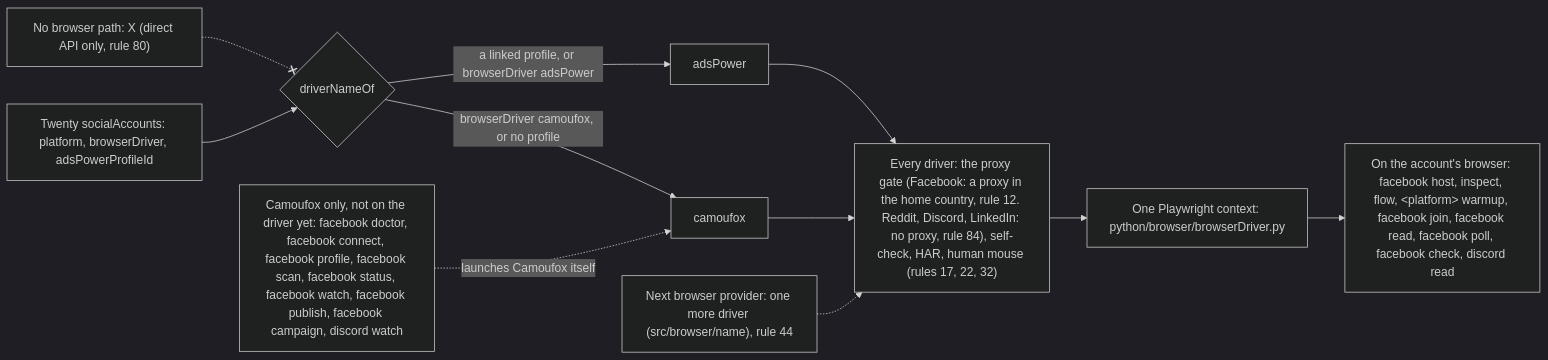
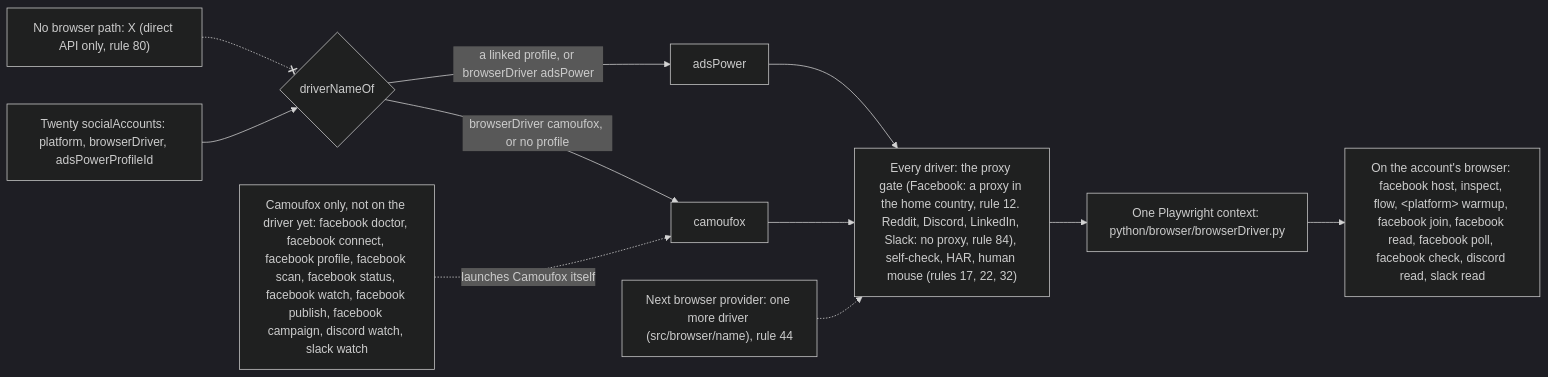
The second of 6 diagrams in docs/reference.md (matthewdonsemail-lab/log), drawn with Mermaid (dark theme) before and after one commit. The commit also changed other lines of this file and 180 other files, not shown here.

First line of the commit message:
feat: Slack platform on gabriel-slack, collab maxxing use case, Discord delete, rules 122-124

````diff
--- a/docs/reference.md
+++ b/docs/reference.md
@@ -70,19 +77,19 @@
 ```mermaid
 flowchart LR
   twenty["Twenty socialAccounts: platform, browserDriver, adsPowerProfileId"]
   pick{"driverNameOf"}
-  gates["Every driver: the proxy gate (Facebook: a proxy in the home country, rule 12. Reddit, Discord, LinkedIn: no proxy, rule 84), self-check, HAR, human mouse (rules 17, 22, 32)"]
+  gates["Every driver: the proxy gate (Facebook: a proxy in the home country, rule 12. Reddit, Discord, LinkedIn, Slack: no proxy, rule 84), self-check, HAR, human mouse (rules 17, 22, 32)"]
   session["One Playwright context: python/browser/browserDriver.py"]
   twenty --> pick
   pick -->|"browserDriver camoufox, or no profile"| d_camoufox["camoufox"]
   pick -->|"a linked profile, or browserDriver adsPower"| d_adsPower["adsPower"]
   d_camoufox --> gates
   d_adsPower --> gates
   more["Next browser provider: one more driver (src/browser/name), rule 44"] -.-> gates
   gates --> session
-  account["On the account's browser: facebook host, inspect, flow, #lt;platform#gt; warmup, facebook join, facebook read, facebook poll, facebook check, discord read"]
-  camoufox["Camoufox only, not on the driver yet: facebook doctor, facebook connect, facebook profile, facebook scan, facebook status, facebook watch, facebook publish, facebook campaign, discord watch"]
+  account["On the account's browser: facebook host, inspect, flow, #lt;platform#gt; warmup, facebook join, facebook read, facebook poll, facebook check, discord read, slack read"]
+  camoufox["Camoufox only, not on the driver yet: facebook doctor, facebook connect, facebook profile, facebook scan, facebook status, facebook watch, facebook publish, facebook campaign, discord watch, slack watch"]
   session --> account
   camoufox -.->|"launches Camoufox itself"| d_camoufox
   nobrowser["No browser path: X (direct API only, rule 80)"] -.-x pick
 ```
````
